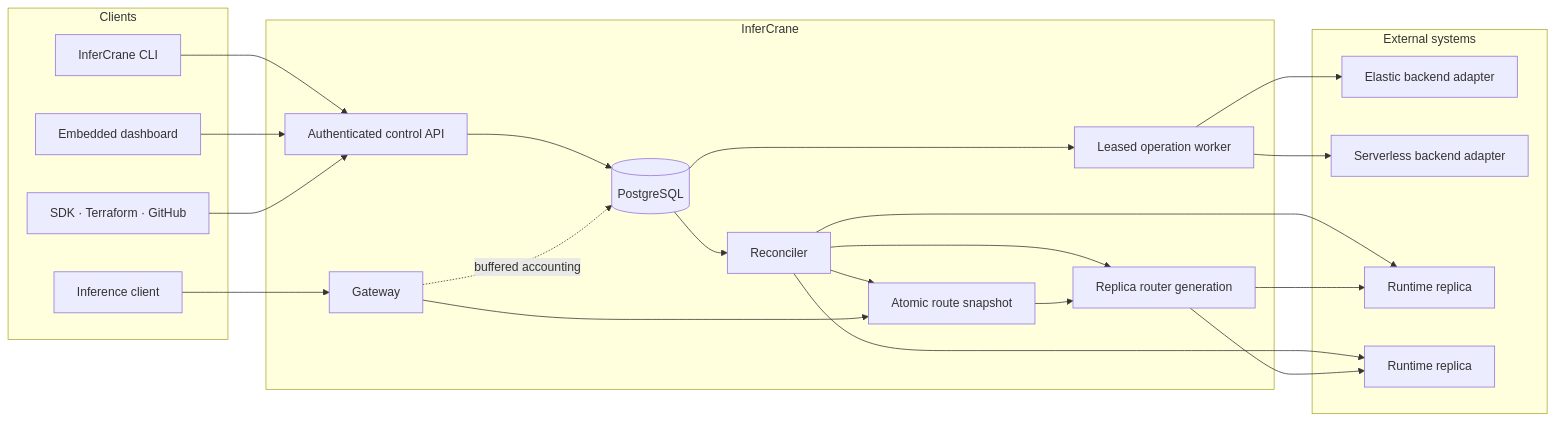
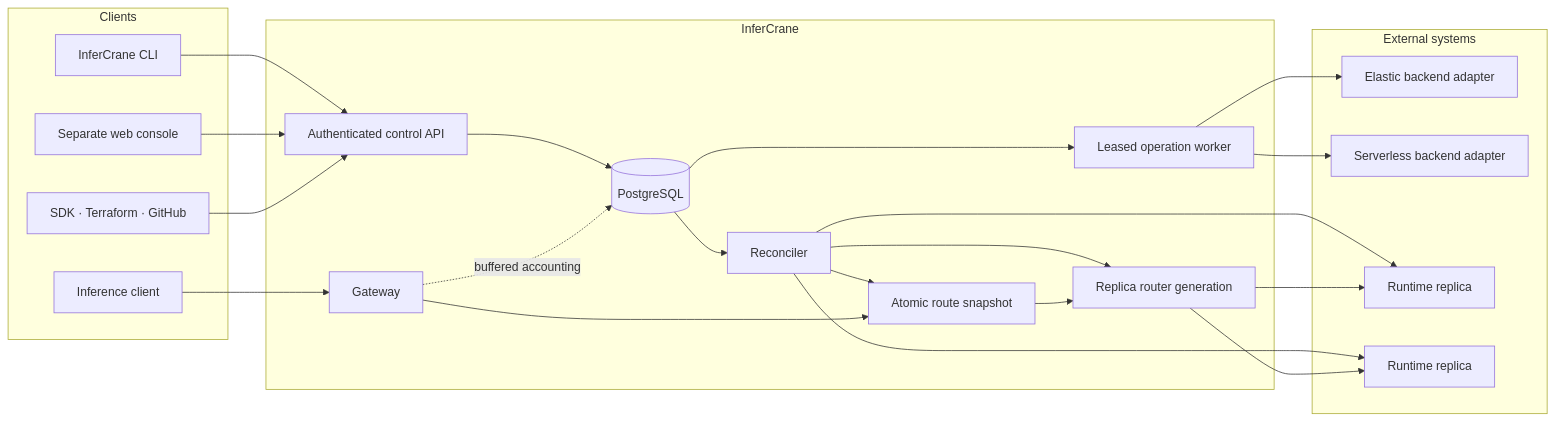
One commit to infercrane/infercrane changed the first of 2 diagrams in docs/architecture/system.mdx. Above: the diagram before and after it, drawn with Mermaid. The commit also changed other lines of this file and 51 other files, not shown here.

Commit message:
feat: establish authenticated web console boundary

````diff
--- a/docs/architecture/system.mdx
+++ b/docs/architecture/system.mdx
@@ -12,42 +12,42 @@
 ```mermaid
 flowchart LR
   subgraph clients[Clients]
     CLI[InferCrane CLI]
-    DASH[Embedded dashboard]
+    DASH[Separate web console]
     DELIVERY[SDK · Terraform · GitHub]
     SDK[Inference client]
   end
 
   subgraph infercrane[InferCrane]
     API[Authenticated control API]
     OPS[Leased operation worker]
     DB[(PostgreSQL)]
     REC[Reconciler]
     SNAP[Atomic route snapshot]
     GW[Gateway]
     ROUTER[Replica router generation]
   end
 
   subgraph external[External systems]
     ELASTIC[Elastic backend adapter]
     NATIVE[Serverless backend adapter]
     V1[Runtime replica]
     V2[Runtime replica]
   end
 
   CLI --> API --> DB
   DASH --> API
   DELIVERY --> API
   DB --> OPS
   OPS --> ELASTIC
   OPS --> NATIVE
   DB --> REC
   REC --> V1
   REC --> V2
   REC --> ROUTER
   REC --> SNAP
   SDK --> GW --> SNAP --> ROUTER
   ROUTER --> V1
   ROUTER --> V2
   GW -. buffered accounting .-> DB
 ```
````
